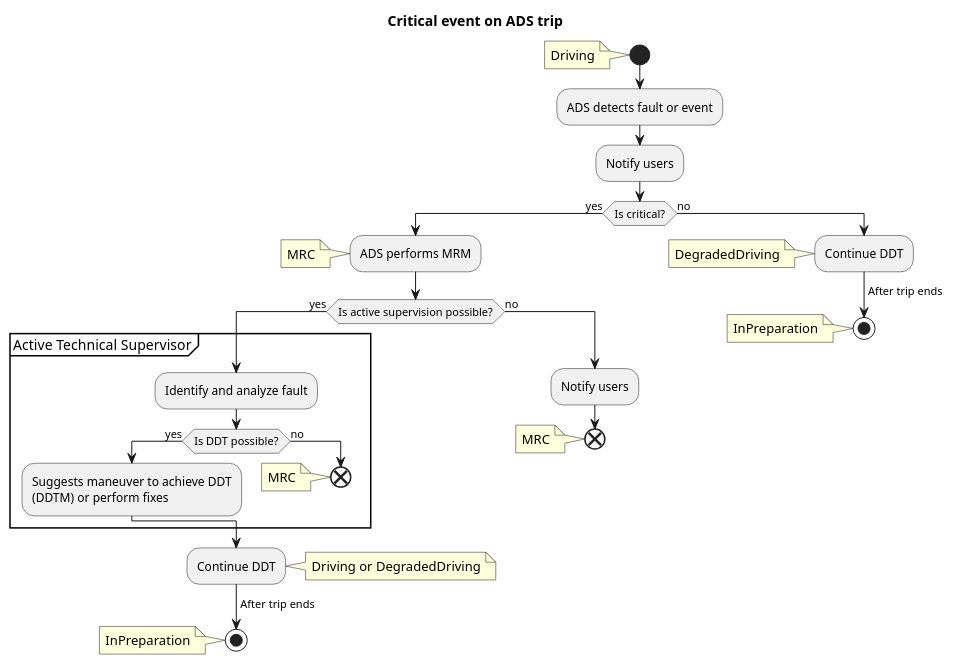
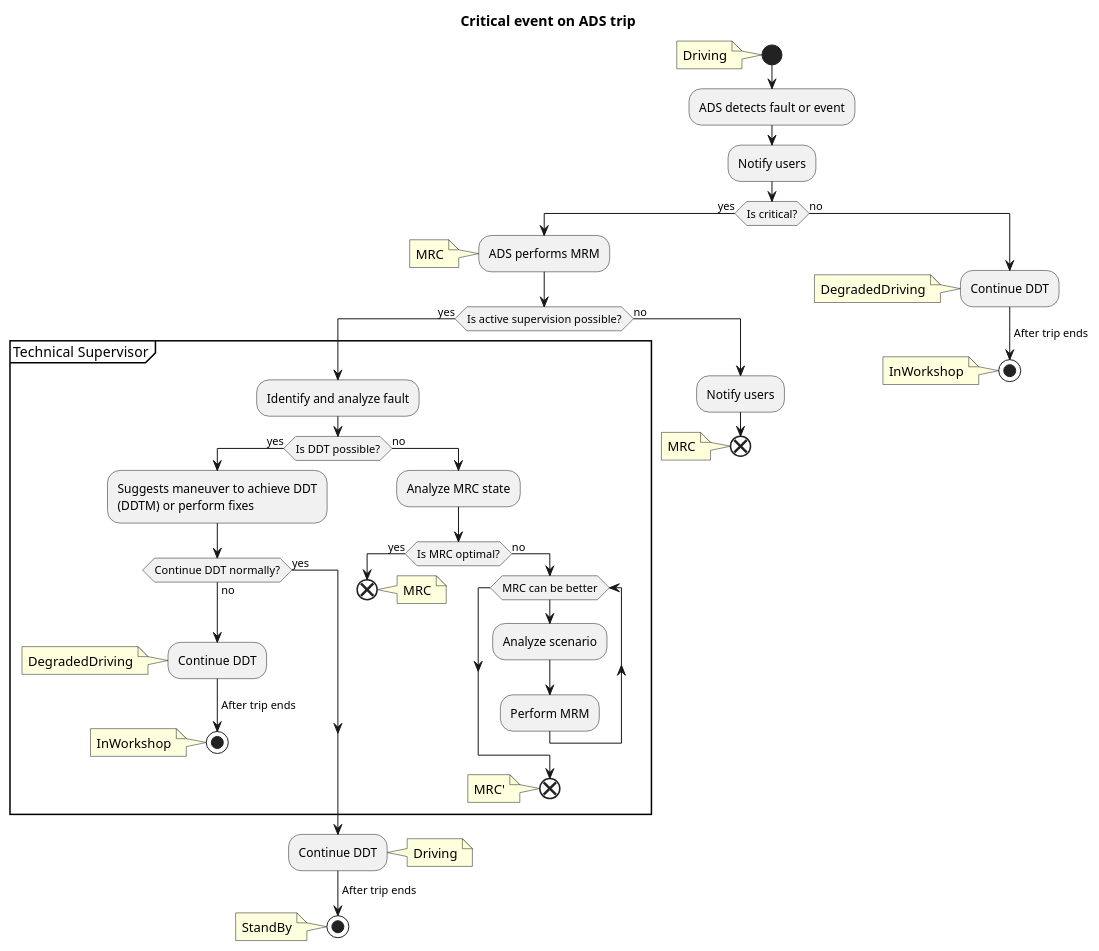
One commit to bruno-motorai/uml changed the diagram in vehicles/elevated_risk_situation_v2.pu. Above: the diagram before and after it, drawn with PlantUML. The commit also changed 2 other files, not shown here.

Commit message:
Add suggest trip route use case. Update state diagram wording

```diff
--- a/vehicles/elevated_risk_situation_v2.pu
+++ b/vehicles/elevated_risk_situation_v2.pu
@@ -1,55 +1,79 @@
 @startuml "ADS fault"
 <style>
 note {
   .red {
         BackgroundColor red
    }
 }
 </style>
 
 skinparam ConditionEndStyle hline
 title Critical event on ADS trip
 
 start
 note left: Driving
 
 :ADS detects fault or event;
 :Notify users;
 
 if (Is critical?) equals(yes) then
     :ADS performs MRM;
     note left: MRC
 
     if(Is active supervision possible?) equals (yes) then
 
-        group Active Technical Supervisor
+        group Technical Supervisor
             :Identify and analyze fault;
 
             if(Is DDT possible?) equals (yes) then
                 :Suggests maneuver to achieve DDT
                 (DDTM) or perform fixes;
+
+                if (Continue DDT normally?) equals (yes) then
+                else (no)
+                    label aux_label
+                    :Continue DDT;
+                    note left: DegradedDriving
+                    -> After trip ends;
+                    stop
+                    note left: InWorkshop
+                endif
+                
             else (no)
-                end
-                note left: MRC
+                :Analyze MRC state;
+                if (Is MRC optimal?) equals (yes) then
+                    end
+                    note right: MRC
+                else (no)
+                    while (MRC can be better)
+                        :Analyze scenario;
+                        :Perform MRM;
+                    endwhile
+                    end
+                    note left: MRC'
+                endif
             endif
-        end group
 
+            
+        end group                
+        
         :Continue DDT;
-        note right: Driving or DegradedDriving
+        note right: Driving
         -> After trip ends;
         stop
-        note left: InPreparation
+        note left: StandBy
     else (no)
         label space_label
         :Notify users;
         end
         note left: MRC
     endif
 else (no)
+    label degraded_ddt
     :Continue DDT;
     note left: DegradedDriving
     -> After trip ends;
     stop
-    note left: InPreparation
+    note left: InWorkshop
 endif
 @enduml
```
